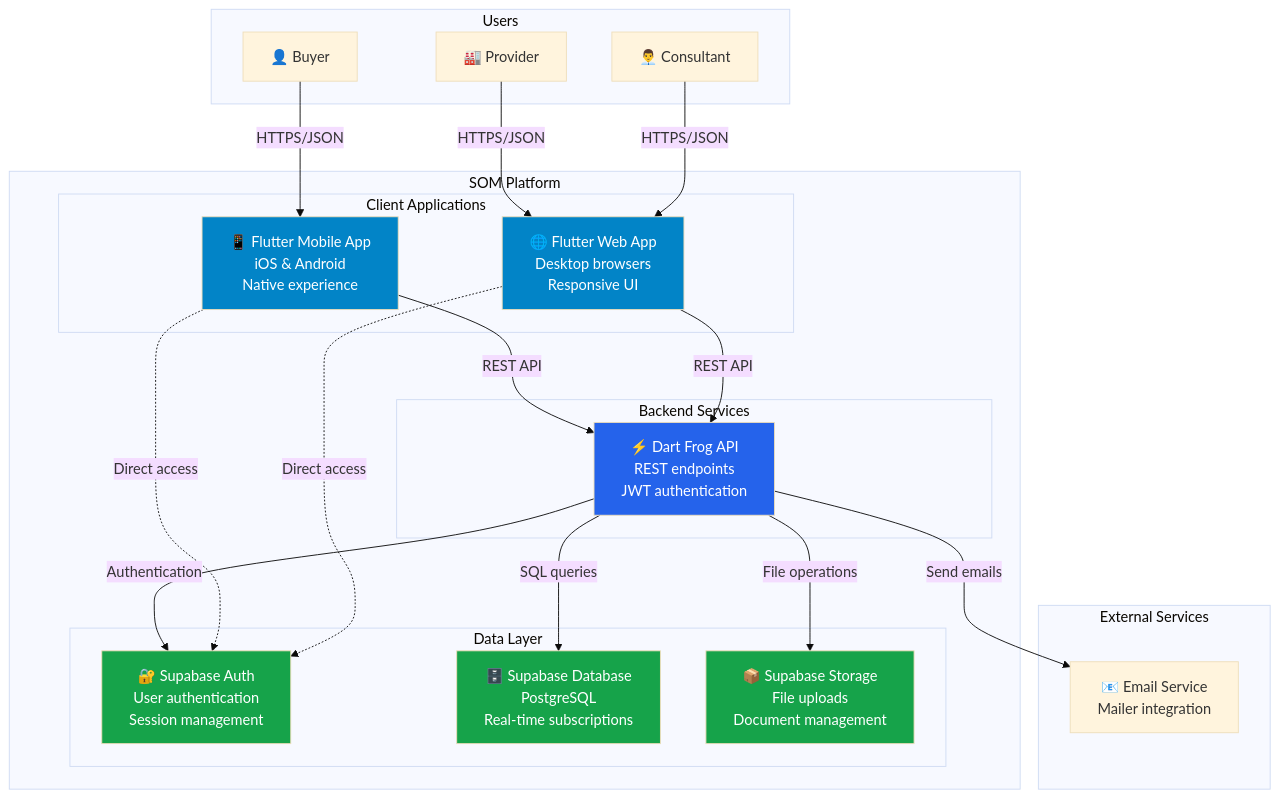
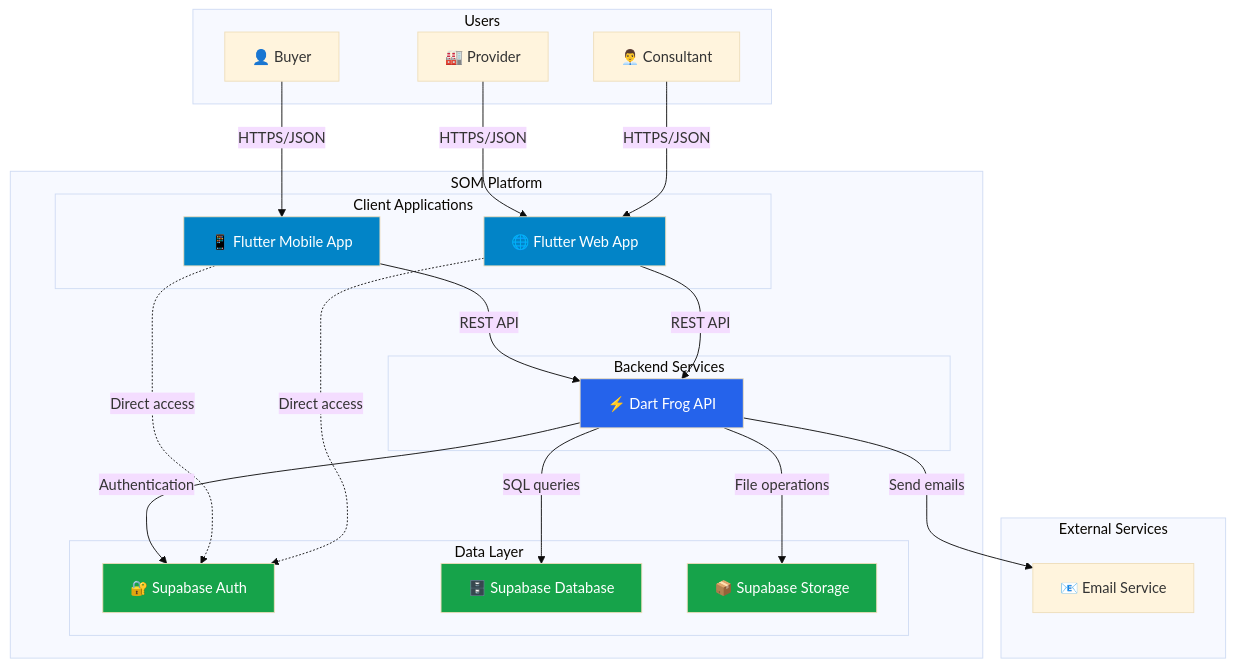
The second of 11 diagrams in docs/ARCHITECTURE.md (ednet-org/som-app), drawn with Mermaid (base theme) before and after one commit. The commit also changed other lines of this file and 1 other file, not shown here.

First line of the commit message:
fix(docs): Simplify Mermaid diagram labels for GitHub compatibility.

````diff
--- a/docs/ARCHITECTURE.md
+++ b/docs/ARCHITECTURE.md
@@ -84,51 +84,51 @@
 ```mermaid
 graph TB
     subgraph Users
         BuyerUser[👤 Buyer]
         ProviderUser[🏭 Provider]
         ConsultantUser[👨‍💼 Consultant]
     end
 
     subgraph SOM Platform
         subgraph Client Applications
-            FlutterMobile[📱 Flutter Mobile App<br/>iOS & Android<br/>Native experience]
-            FlutterWeb[🌐 Flutter Web App<br/>Desktop browsers<br/>Responsive UI]
+            FlutterMobile[📱 Flutter Mobile App]
+            FlutterWeb[🌐 Flutter Web App]
         end
 
         subgraph Backend Services
-            DartFrogAPI[⚡ Dart Frog API<br/>REST endpoints<br/>JWT authentication]
+            DartFrogAPI[⚡ Dart Frog API]
         end
 
         subgraph Data Layer
-            SupabaseAuth[🔐 Supabase Auth<br/>User authentication<br/>Session management]
-            SupabaseDB[🗄️ Supabase Database<br/>PostgreSQL<br/>Real-time subscriptions]
-            SupabaseStorage[📦 Supabase Storage<br/>File uploads<br/>Document management]
+            SupabaseAuth[🔐 Supabase Auth]
+            SupabaseDB[🗄️ Supabase Database]
+            SupabaseStorage[📦 Supabase Storage]
         end
     end
 
     subgraph External Services
-        EmailService[📧 Email Service<br/>Mailer integration]
+        EmailService[📧 Email Service]
     end
 
     BuyerUser -->|HTTPS/JSON| FlutterMobile
     ProviderUser -->|HTTPS/JSON| FlutterWeb
     ConsultantUser -->|HTTPS/JSON| FlutterWeb
 
     FlutterMobile -->|REST API| DartFrogAPI
     FlutterWeb -->|REST API| DartFrogAPI
 
     DartFrogAPI -->|Authentication| SupabaseAuth
     DartFrogAPI -->|SQL queries| SupabaseDB
     DartFrogAPI -->|File operations| SupabaseStorage
     DartFrogAPI -->|Send emails| EmailService
 
     FlutterMobile -.->|Direct access| SupabaseAuth
     FlutterWeb -.->|Direct access| SupabaseAuth
 
     style FlutterMobile fill:#0284c7,color:#fff
     style FlutterWeb fill:#0284c7,color:#fff
     style DartFrogAPI fill:#2563eb,color:#fff
     style SupabaseAuth fill:#16a34a,color:#fff
     style SupabaseDB fill:#16a34a,color:#fff
     style SupabaseStorage fill:#16a34a,color:#fff
 ```
````
